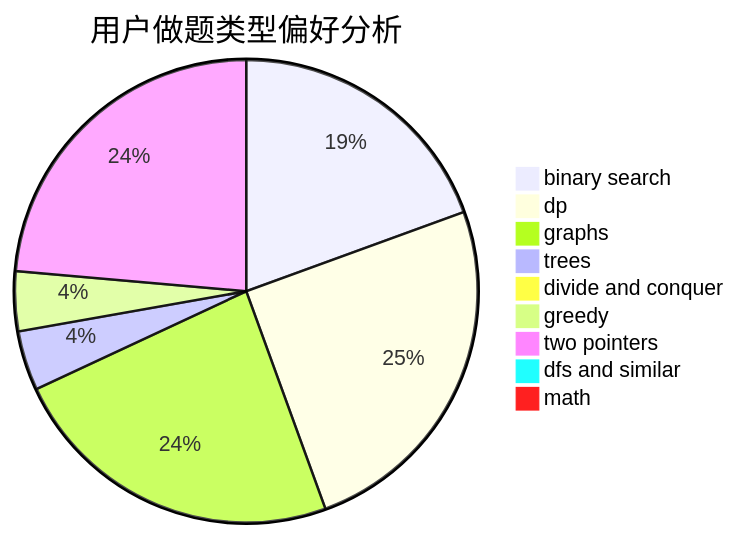
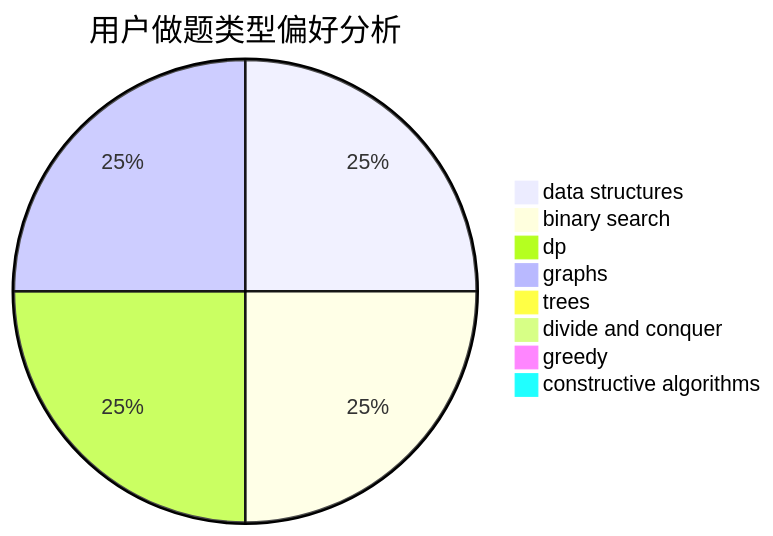
One commit to sherpahu/cfrs.github.io changed the second of 3 diagrams in docs/user/u328.md. Above: the diagram before and after it, drawn with Mermaid. The commit also changed other lines of this file and 2775 other files, not shown here.

````diff
--- a/docs/user/u328.md
+++ b/docs/user/u328.md
@@ -23,12 +23,11 @@
 ```mermaid
 pie title 用户做题类型偏好分析
+    "data structures" :  14
     "binary search" :  14
-    "dp" :  18
-    "graphs" :  17
-    "trees" :  3
+    "dp" :  14
+    "graphs" :  14
+    "trees" :  0
     "divide and conquer" :  0
-    "greedy" :  3
-    "two pointers" :  17
-    "dfs and similar" :  0
-    "math" :  0
+    "greedy" :  0
+    "constructive algorithms" :  0
 ```
````
